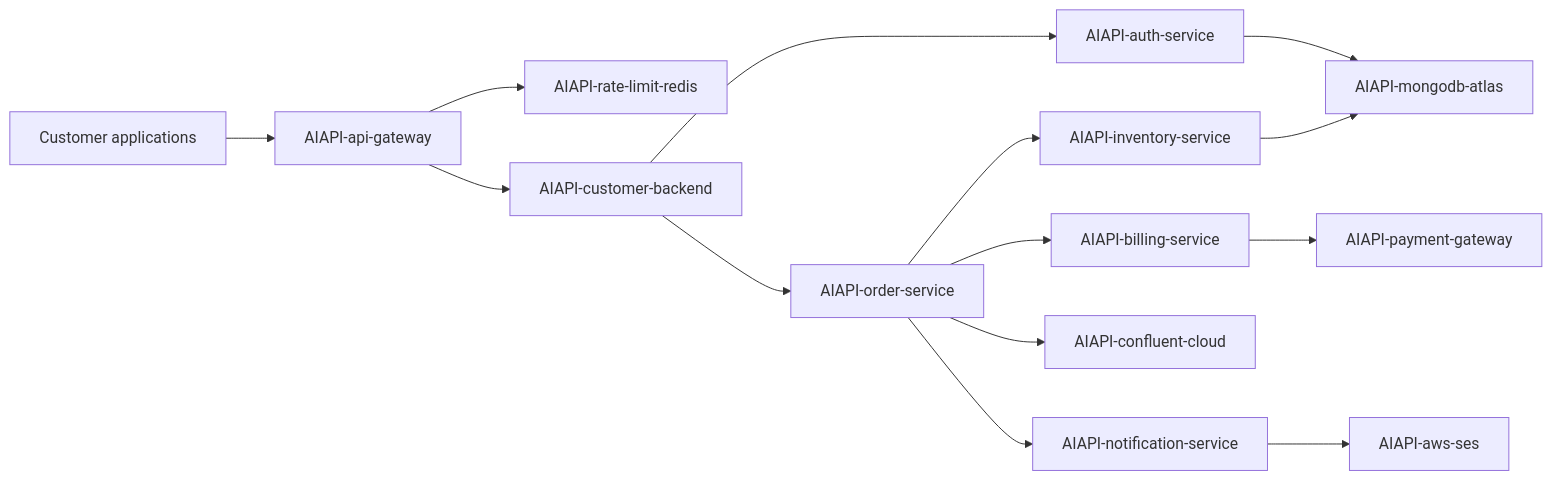
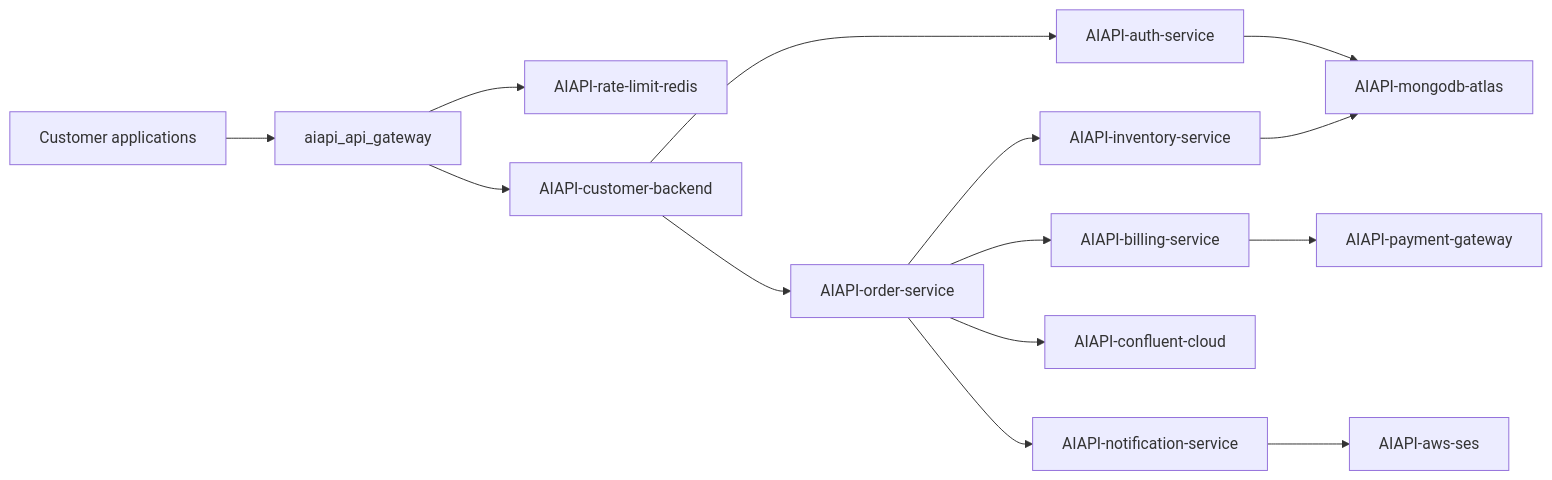
One commit to abheeksen07/gravitee-observability-demo changed the diagram in demos/gravitee-observability-demo/docs/dependency-tracing.md. Above: the diagram before and after it, drawn with Mermaid. The commit also changed 12 other files, not shown here.

Commit message:
Add customer status breakdown for aiapi_api_gateway

````diff
--- a/demos/gravitee-observability-demo/docs/dependency-tracing.md
+++ b/demos/gravitee-observability-demo/docs/dependency-tracing.md
@@ -14,16 +14,16 @@
 ```mermaid
 flowchart LR
-    Caller[Customer applications] --> Gateway[AIAPI-api-gateway]
+    Caller[Customer applications] --> Gateway[aiapi_api_gateway]
     Gateway --> Redis[AIAPI-rate-limit-redis]
     Gateway --> Backend[AIAPI-customer-backend]
     Backend --> Auth[AIAPI-auth-service]
     Auth --> Mongo[AIAPI-mongodb-atlas]
     Backend --> Orders[AIAPI-order-service]
     Orders --> Inventory[AIAPI-inventory-service]
     Inventory --> Mongo
     Orders --> Billing[AIAPI-billing-service]
     Billing --> Payment[AIAPI-payment-gateway]
     Orders --> Kafka[AIAPI-confluent-cloud]
     Orders --> Notification[AIAPI-notification-service]
     Notification --> Email[AIAPI-aws-ses]
 ```
````
